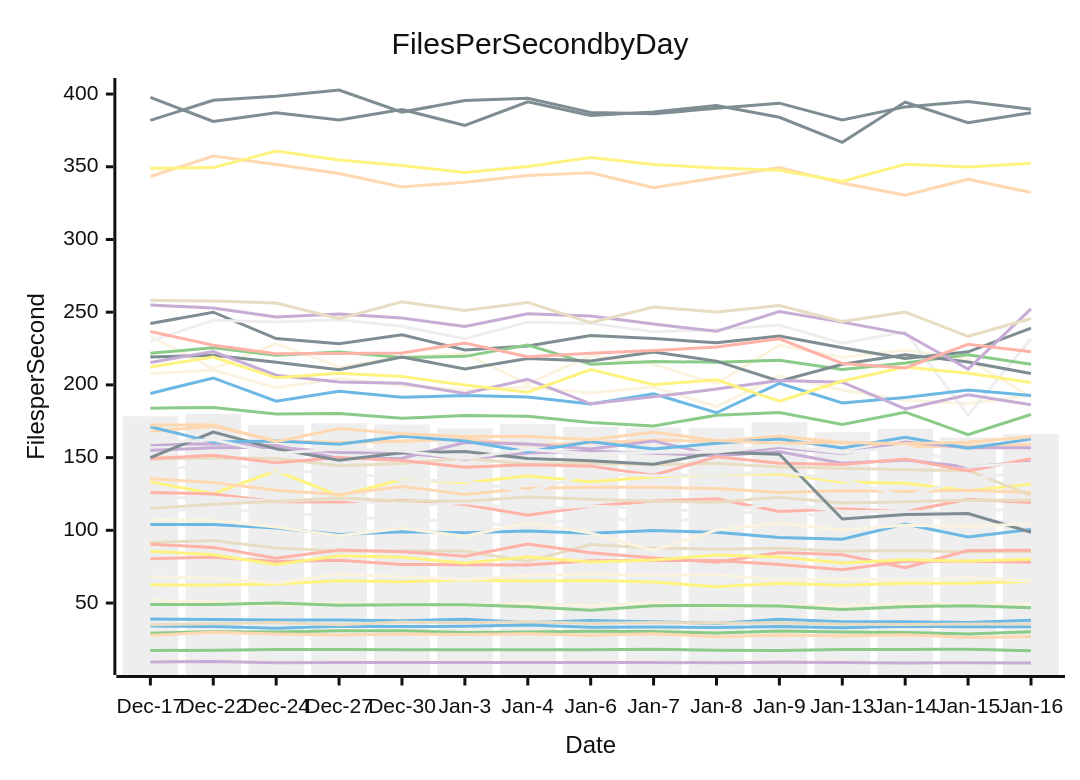
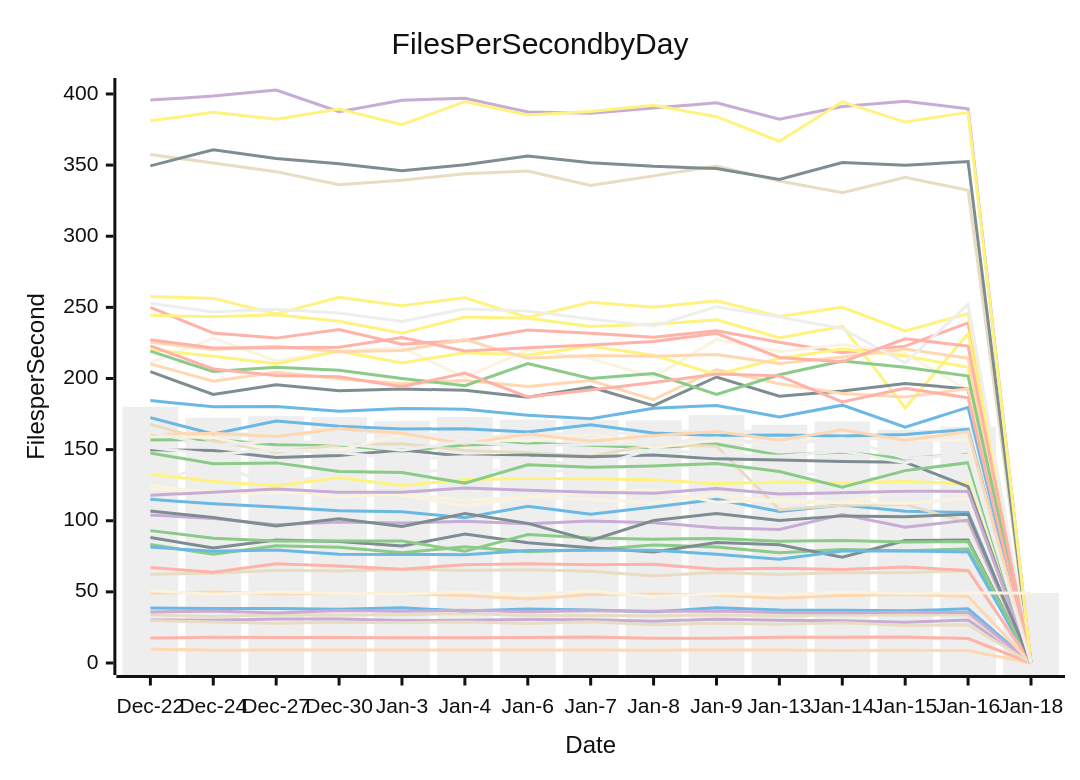
The diagram in perf-report.md (streetsidesoftware/cspell), drawn with Mermaid (neutral theme) before and after one commit. The commit also changed other lines of this file and 1 other file, not shown here.

````diff
--- a/perf-report.md
+++ b/perf-report.md
@@ -10,57 +10,57 @@
 ```mermaid
 xychart-beta
     title Files Per Second by Day
     y-axis Files per Second
-    x-axis Date [Dec-17, Dec-22, Dec-24, Dec-27, Dec-30, Jan-3, Jan-4, Jan-6, Jan-7, Jan-8, Jan-9, Jan-13, Jan-14, Jan-15, Jan-16]
-    bar [178.43, 180.09, 172.48, 173.54, 172.79, 170.07, 172.98, 171.06, 170.63, 170.60, 174.36, 167.48, 169.75, 163.88, 166.13]
-    line [38.97, 38.70, 38.32, 38.26, 37.85, 38.77, 36.54, 38.02, 37.20, 35.97, 38.77, 37.19, 37.15, 36.65, 38.13]
-    line [17.37, 17.53, 18.08, 17.97, 17.93, 17.83, 17.83, 17.89, 18.19, 17.48, 17.44, 18.04, 18.04, 18.22, 17.23]
-    line [155.01, 156.77, 157.19, 153.46, 153.21, 148.91, 153.20, 154.41, 153.05, 151.33, 153.98, 146.13, 148.32, 143.55, 147.19]
-    line [91.59, 93.06, 87.76, 85.72, 85.81, 85.78, 78.64, 90.27, 87.90, 87.06, 87.60, 85.54, 86.15, 85.12, 85.43]
-    line [90.37, 88.26, 80.81, 86.47, 85.34, 82.22, 90.61, 84.54, 80.98, 78.06, 84.72, 83.13, 74.36, 86.16, 86.38]
-    line [133.31, 125.20, 140.89, 123.76, 134.99, 132.64, 137.41, 133.47, 136.71, 138.45, 138.88, 133.26, 132.31, 127.23, 131.76]
-    line [381.89, 395.71, 398.52, 402.79, 387.60, 395.60, 397.05, 387.31, 386.47, 390.16, 393.74, 382.18, 391.17, 394.86, 389.55]
-    line [135.39, 132.89, 127.54, 124.61, 130.19, 124.72, 128.97, 129.63, 129.57, 128.75, 125.98, 127.26, 126.67, 127.57, 126.01]
-    line [233.49, 211.10, 228.39, 212.27, 219.38, 221.60, 200.66, 220.18, 213.99, 200.90, 227.46, 218.81, 223.94, 217.59, 191.78]
-    line [113.00, 115.03, 111.88, 109.68, 107.07, 106.25, 102.14, 110.16, 104.65, 109.58, 115.11, 106.48, 111.07, 106.70, 105.83]
-    line [34.19, 33.89, 32.69, 33.95, 33.78, 33.96, 34.86, 33.41, 33.47, 33.19, 33.82, 33.01, 34.00, 33.70, 33.67]
-    line [29.27, 30.24, 30.04, 30.99, 30.88, 29.79, 30.12, 30.58, 30.44, 29.43, 30.82, 30.13, 29.74, 28.69, 30.19]
-    line [9.45, 9.78, 8.90, 9.07, 9.12, 9.16, 9.11, 9.12, 9.14, 8.90, 9.21, 9.09, 8.82, 8.93, 8.76]
-    line [35.07, 35.79, 36.55, 35.09, 36.98, 36.38, 37.08, 36.07, 36.65, 36.34, 36.49, 35.46, 35.24, 35.59, 35.58]
-    line [80.51, 81.49, 78.49, 79.44, 76.50, 76.34, 76.08, 79.03, 79.23, 79.24, 76.50, 72.97, 78.65, 78.72, 77.98]
-    line [85.67, 83.25, 76.44, 82.43, 81.41, 77.52, 81.68, 78.20, 79.53, 83.01, 81.62, 77.54, 79.76, 78.94, 80.05]
-    line [242.19, 249.98, 231.90, 228.38, 234.40, 224.05, 226.75, 234.01, 231.87, 229.00, 233.60, 225.53, 218.14, 222.73, 239.07]
-    line [168.07, 171.52, 161.55, 160.38, 161.25, 162.72, 158.59, 160.02, 162.06, 161.10, 164.91, 160.36, 157.59, 157.97, 159.04]
-    line [207.77, 210.28, 198.12, 204.40, 199.78, 196.30, 198.61, 194.45, 198.60, 185.12, 206.27, 196.30, 189.40, 186.97, 192.92]
-    line [230.01, 244.43, 243.32, 244.74, 240.28, 231.82, 243.15, 242.35, 236.52, 238.12, 241.19, 228.64, 236.61, 179.24, 231.58]
-    line [194.10, 204.78, 188.75, 195.62, 191.45, 192.64, 191.68, 186.85, 193.93, 180.85, 201.04, 187.54, 191.28, 196.46, 192.64]
-    line [221.71, 225.51, 220.33, 222.69, 218.79, 219.63, 227.40, 214.16, 216.11, 215.58, 216.92, 210.61, 215.07, 220.69, 214.26]
-    line [158.90, 159.56, 158.26, 149.38, 149.63, 160.44, 159.38, 155.94, 161.49, 151.30, 157.09, 152.68, 160.69, 156.79, 156.81]
-    line [148.93, 149.89, 149.32, 144.39, 145.93, 149.70, 145.36, 146.19, 145.02, 146.18, 143.49, 142.76, 141.64, 141.15, 123.99]
-    line [126.07, 124.95, 119.60, 119.43, 120.64, 117.82, 110.33, 116.53, 120.08, 121.77, 112.94, 114.87, 112.73, 121.37, 119.21]
-    line [62.51, 62.39, 63.01, 65.26, 64.66, 65.89, 65.11, 65.47, 64.47, 61.13, 63.67, 62.15, 63.63, 63.52, 64.93]
-    line [219.13, 220.31, 215.56, 210.39, 219.17, 210.98, 218.13, 216.47, 222.63, 216.37, 202.60, 214.18, 220.74, 215.80, 207.87]
-    line [27.81, 29.86, 28.77, 27.94, 28.71, 28.29, 28.89, 27.76, 28.93, 26.82, 27.98, 27.25, 28.25, 26.29, 26.94]
-    line [51.90, 50.84, 48.41, 49.94, 48.88, 48.70, 49.88, 48.16, 50.54, 46.59, 48.81, 48.15, 49.96, 48.86, 49.35]
-    line [122.39, 122.57, 119.82, 121.66, 116.64, 119.03, 114.16, 116.74, 115.06, 112.51, 118.83, 112.95, 112.89, 112.17, 115.75]
-    line [104.01, 104.04, 101.53, 97.16, 99.08, 98.33, 99.60, 97.96, 99.84, 98.62, 95.10, 93.83, 104.36, 95.41, 100.49]
-    line [184.02, 184.52, 180.06, 180.25, 176.99, 178.92, 178.38, 174.22, 171.75, 179.11, 181.04, 172.87, 181.24, 165.83, 179.67]
-    line [215.40, 222.98, 206.68, 202.06, 201.20, 194.13, 203.79, 186.99, 191.85, 197.16, 203.10, 201.84, 183.49, 193.18, 186.41]
-    line [114.99, 117.98, 119.98, 122.26, 120.11, 120.07, 122.96, 121.36, 120.04, 119.36, 122.67, 118.82, 119.70, 120.72, 120.60]
-    line [149.35, 151.56, 146.50, 150.10, 148.04, 143.32, 145.06, 144.14, 137.83, 150.50, 146.15, 145.30, 149.05, 140.78, 149.26]
-    line [212.32, 219.19, 204.86, 207.97, 205.76, 199.93, 194.96, 210.48, 200.08, 203.53, 188.73, 202.65, 212.27, 207.96, 201.68]
-    line [149.99, 167.61, 155.99, 148.15, 153.37, 154.17, 149.42, 147.86, 145.38, 153.63, 152.37, 107.78, 110.93, 111.50, 98.69]
-    line [343.31, 357.38, 351.53, 345.39, 336.17, 339.40, 343.93, 345.83, 335.66, 342.43, 349.42, 338.80, 330.51, 341.37, 332.29]
-    line [68.06, 67.11, 63.78, 69.83, 68.15, 65.99, 69.11, 69.77, 69.09, 69.36, 65.84, 66.66, 65.78, 67.40, 65.04]
-    line [138.75, 147.65, 140.01, 140.67, 134.58, 133.84, 126.46, 139.31, 137.59, 138.48, 140.31, 134.58, 123.64, 135.23, 140.79]
-    line [171.17, 160.66, 161.47, 159.18, 164.75, 161.43, 154.09, 160.97, 155.89, 159.83, 162.81, 156.59, 163.92, 156.50, 162.70]
-    line [49.07, 48.96, 49.98, 48.46, 48.82, 48.74, 47.38, 44.97, 48.20, 48.28, 47.88, 45.48, 47.52, 48.15, 46.82]
-    line [254.88, 252.93, 246.70, 248.73, 245.95, 240.13, 248.92, 247.35, 241.85, 236.85, 250.47, 243.18, 235.07, 210.91, 252.26]
-    line [258.13, 257.62, 256.30, 245.45, 257.10, 251.12, 256.72, 242.84, 253.62, 250.11, 254.55, 243.64, 250.04, 233.42, 245.62]
-    line [236.77, 227.25, 221.39, 221.64, 222.00, 228.77, 219.30, 221.68, 223.62, 226.04, 231.74, 214.77, 211.68, 227.93, 222.84]
-    line [348.96, 349.43, 360.81, 354.60, 350.95, 345.98, 350.21, 356.35, 351.62, 349.11, 347.65, 339.94, 351.75, 349.84, 352.46]
-    line [397.72, 381.16, 387.10, 382.18, 389.40, 378.43, 394.66, 385.25, 387.67, 392.05, 384.01, 366.78, 394.48, 380.24, 387.08]
-    line [172.44, 172.46, 160.97, 170.04, 166.42, 164.47, 164.70, 162.35, 167.49, 161.75, 159.91, 160.33, 159.51, 160.62, 164.27]
-    line [107.05, 106.83, 102.33, 96.35, 101.39, 95.92, 105.11, 98.16, 86.10, 100.14, 105.08, 100.22, 103.42, 102.77, 104.55]
-    line [160.30, 162.32, 152.82, 156.10, 154.49, 149.59, 155.51, 152.61, 153.69, 153.81, 158.28, 153.24, 158.05, 143.97, 146.11]
+    x-axis Date [Dec-22, Dec-24, Dec-27, Dec-30, Jan-3, Jan-4, Jan-6, Jan-7, Jan-8, Jan-9, Jan-13, Jan-14, Jan-15, Jan-16, Jan-18]
+    bar [180.09, 172.48, 173.54, 172.79, 170.07, 172.98, 171.06, 170.63, 170.60, 174.36, 167.48, 169.75, 163.88, 166.13, 49.10]
+    line [115.03, 111.88, 109.68, 107.07, 106.25, 102.14, 110.16, 104.65, 109.58, 115.11, 106.48, 111.07, 106.70, 105.83, 0.00]
+    line [83.25, 76.44, 82.43, 81.41, 77.52, 81.68, 78.20, 79.53, 83.01, 81.62, 77.54, 79.76, 78.94, 80.05, 0.00]
+    line [30.24, 30.04, 30.99, 30.88, 29.79, 30.12, 30.58, 30.44, 29.43, 30.82, 30.13, 29.74, 28.69, 30.19, 0.00]
+    line [33.89, 32.69, 33.95, 33.78, 33.96, 34.86, 33.41, 33.47, 33.19, 33.82, 33.01, 34.00, 33.70, 33.67, 0.00]
+    line [249.98, 231.90, 228.38, 234.40, 224.05, 226.75, 234.01, 231.87, 229.00, 233.60, 225.53, 218.14, 222.73, 239.07, 0.00]
+    line [244.43, 243.32, 244.74, 240.28, 231.82, 243.15, 242.35, 236.52, 238.12, 241.19, 228.64, 236.61, 179.24, 231.58, 0.00]
+    line [88.26, 80.81, 86.47, 85.34, 82.22, 90.61, 84.54, 80.98, 78.06, 84.72, 83.13, 74.36, 86.16, 86.38, 0.00]
+    line [9.78, 8.90, 9.07, 9.12, 9.16, 9.11, 9.12, 9.14, 8.90, 9.21, 9.09, 8.82, 8.93, 8.76, 0.00]
+    line [211.10, 228.39, 212.27, 219.38, 221.60, 200.66, 220.18, 213.99, 200.90, 227.46, 218.81, 223.94, 217.59, 191.78, 0.00]
+    line [125.20, 140.89, 123.76, 134.99, 132.64, 137.41, 133.47, 136.71, 138.45, 138.88, 133.26, 132.31, 127.23, 131.76, 0.00]
+    line [38.70, 38.32, 38.26, 37.85, 38.77, 36.54, 38.02, 37.20, 35.97, 38.77, 37.19, 37.15, 36.65, 38.13, 0.00]
+    line [156.77, 157.19, 153.46, 153.21, 148.91, 153.20, 154.41, 153.05, 151.33, 153.98, 146.13, 148.32, 143.55, 147.19, 0.00]
+    line [35.79, 36.55, 35.09, 36.98, 36.38, 37.08, 36.07, 36.65, 36.34, 36.49, 35.46, 35.24, 35.59, 35.58, 0.00]
+    line [167.61, 155.99, 148.15, 153.37, 154.17, 149.42, 147.86, 145.38, 153.63, 152.37, 107.78, 110.93, 111.50, 98.69, 0.00]
+    line [17.53, 18.08, 17.97, 17.93, 17.83, 17.83, 17.89, 18.19, 17.48, 17.44, 18.04, 18.04, 18.22, 17.23, 0.00]
+    line [132.89, 127.54, 124.61, 130.19, 124.72, 128.97, 129.63, 129.57, 128.75, 125.98, 127.26, 126.67, 127.57, 126.01, 0.00]
+    line [204.78, 188.75, 195.62, 191.45, 192.64, 191.68, 186.85, 193.93, 180.85, 201.04, 187.54, 191.28, 196.46, 192.64, 0.00]
+    line [210.28, 198.12, 204.40, 199.78, 196.30, 198.61, 194.45, 198.60, 185.12, 206.27, 196.30, 189.40, 186.97, 192.92, 0.00]
+    line [159.56, 158.26, 149.38, 149.63, 160.44, 159.38, 155.94, 161.49, 151.30, 157.09, 152.68, 160.69, 156.79, 156.81, 0.00]
+    line [171.52, 161.55, 160.38, 161.25, 162.72, 158.59, 160.02, 162.06, 161.10, 164.91, 160.36, 157.59, 157.97, 159.04, 0.00]
+    line [81.49, 78.49, 79.44, 76.50, 76.34, 76.08, 79.03, 79.23, 79.24, 76.50, 72.97, 78.65, 78.72, 77.98, 0.00]
+    line [93.06, 87.76, 85.72, 85.81, 85.78, 78.64, 90.27, 87.90, 87.06, 87.60, 85.54, 86.15, 85.12, 85.43, 0.00]
+    line [395.71, 398.52, 402.79, 387.60, 395.60, 397.05, 387.31, 386.47, 390.16, 393.74, 382.18, 391.17, 394.86, 389.55, 0.00]
+    line [62.39, 63.01, 65.26, 64.66, 65.89, 65.11, 65.47, 64.47, 61.13, 63.67, 62.15, 63.63, 63.52, 64.93, 0.00]
+    line [67.11, 63.78, 69.83, 68.15, 65.99, 69.11, 69.77, 69.09, 69.36, 65.84, 66.66, 65.78, 67.40, 65.04, 0.00]
+    line [220.31, 215.56, 210.39, 219.17, 210.98, 218.13, 216.47, 222.63, 216.37, 202.60, 214.18, 220.74, 215.80, 207.87, 0.00]
+    line [149.89, 149.32, 144.39, 145.93, 149.70, 145.36, 146.19, 145.02, 146.18, 143.49, 142.76, 141.64, 141.15, 123.99, 0.00]
+    line [225.51, 220.33, 222.69, 218.79, 219.63, 227.40, 214.16, 216.11, 215.58, 216.92, 210.61, 215.07, 220.69, 214.26, 0.00]
+    line [124.95, 119.60, 119.43, 120.64, 117.82, 110.33, 116.53, 120.08, 121.77, 112.94, 114.87, 112.73, 121.37, 119.21, 0.00]
+    line [151.56, 146.50, 150.10, 148.04, 143.32, 145.06, 144.14, 137.83, 150.50, 146.15, 145.30, 149.05, 140.78, 149.26, 0.00]
+    line [184.52, 180.06, 180.25, 176.99, 178.92, 178.38, 174.22, 171.75, 179.11, 181.04, 172.87, 181.24, 165.83, 179.67, 0.00]
+    line [219.19, 204.86, 207.97, 205.76, 199.93, 194.96, 210.48, 200.08, 203.53, 188.73, 202.65, 212.27, 207.96, 201.68, 0.00]
+    line [104.04, 101.53, 97.16, 99.08, 98.33, 99.60, 97.96, 99.84, 98.62, 95.10, 93.83, 104.36, 95.41, 100.49, 0.00]
+    line [357.38, 351.53, 345.39, 336.17, 339.40, 343.93, 345.83, 335.66, 342.43, 349.42, 338.80, 330.51, 341.37, 332.29, 0.00]
+    line [222.98, 206.68, 202.06, 201.20, 194.13, 203.79, 186.99, 191.85, 197.16, 203.10, 201.84, 183.49, 193.18, 186.41, 0.00]
+    line [257.62, 256.30, 245.45, 257.10, 251.12, 256.72, 242.84, 253.62, 250.11, 254.55, 243.64, 250.04, 233.42, 245.62, 0.00]
+    line [349.43, 360.81, 354.60, 350.95, 345.98, 350.21, 356.35, 351.62, 349.11, 347.65, 339.94, 351.75, 349.84, 352.46, 0.00]
+    line [48.96, 49.98, 48.46, 48.82, 48.74, 47.38, 44.97, 48.20, 48.28, 47.88, 45.48, 47.52, 48.15, 46.82, 0.00]
+    line [122.57, 119.82, 121.66, 116.64, 119.03, 114.16, 116.74, 115.06, 112.51, 118.83, 112.95, 112.89, 112.17, 115.75, 0.00]
+    line [252.93, 246.70, 248.73, 245.95, 240.13, 248.92, 247.35, 241.85, 236.85, 250.47, 243.18, 235.07, 210.91, 252.26, 0.00]
+    line [172.46, 160.97, 170.04, 166.42, 164.47, 164.70, 162.35, 167.49, 161.75, 159.91, 160.33, 159.51, 160.62, 164.27, 0.00]
+    line [147.65, 140.01, 140.67, 134.58, 133.84, 126.46, 139.31, 137.59, 138.48, 140.31, 134.58, 123.64, 135.23, 140.79, 0.00]
+    line [117.98, 119.98, 122.26, 120.11, 120.07, 122.96, 121.36, 120.04, 119.36, 122.67, 118.82, 119.70, 120.72, 120.60, 0.00]
+    line [29.86, 28.77, 27.94, 28.71, 28.29, 28.89, 27.76, 28.93, 26.82, 27.98, 27.25, 28.25, 26.29, 26.94, 0.00]
+    line [227.25, 221.39, 221.64, 222.00, 228.77, 219.30, 221.68, 223.62, 226.04, 231.74, 214.77, 211.68, 227.93, 222.84, 0.00]
+    line [381.16, 387.10, 382.18, 389.40, 378.43, 394.66, 385.25, 387.67, 392.05, 384.01, 366.78, 394.48, 380.24, 387.08, 0.00]
+    line [106.83, 102.33, 96.35, 101.39, 95.92, 105.11, 98.16, 86.10, 100.14, 105.08, 100.22, 103.42, 102.77, 104.55, 0.00]
+    line [160.66, 161.47, 159.18, 164.75, 161.43, 154.09, 160.97, 155.89, 159.83, 162.81, 156.59, 163.92, 156.50, 162.70, 0.00]
+    line [50.84, 48.41, 49.94, 48.88, 48.70, 49.88, 48.16, 50.54, 46.59, 48.81, 48.15, 49.96, 48.86, 49.35, 49.10]
+    line [162.32, 152.82, 156.10, 154.49, 149.59, 155.51, 152.61, 153.69, 153.81, 158.28, 153.24, 158.05, 143.97, 146.11, 0.00]
 ```
````
